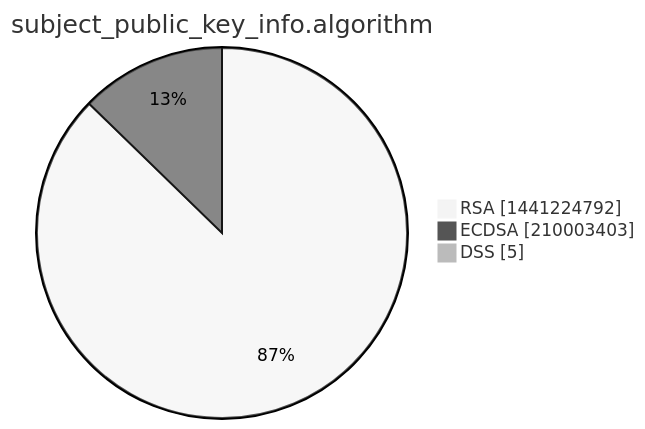
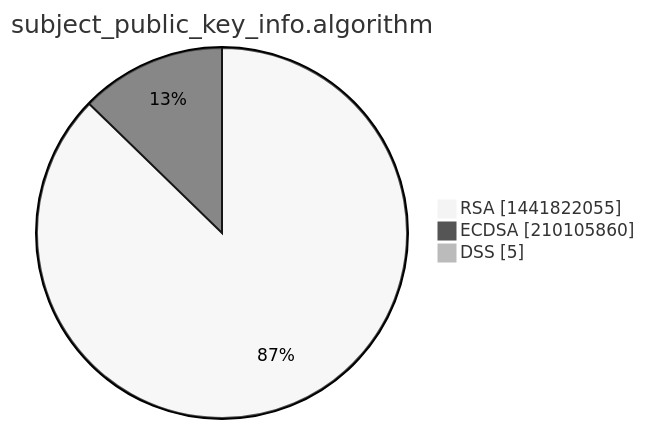
One commit to christiankrug/ctmonitor_visualization changed the third of 15 diagrams in xenon2022/README.md. Above: the diagram before and after it, drawn with Mermaid (neutral theme). The commit also changed other lines of this file, not shown here.

````diff
--- a/xenon2022/README.md
+++ b/xenon2022/README.md
@@ -14,7 +14,7 @@
 ```mermaid
 pie showData
 title subject_public_key_info.algorithm
-"RSA" :1441224792
-"ECDSA" :210003403
+"RSA" :1441822055
+"ECDSA" :210105860
 "DSS" :5
 ```
````
